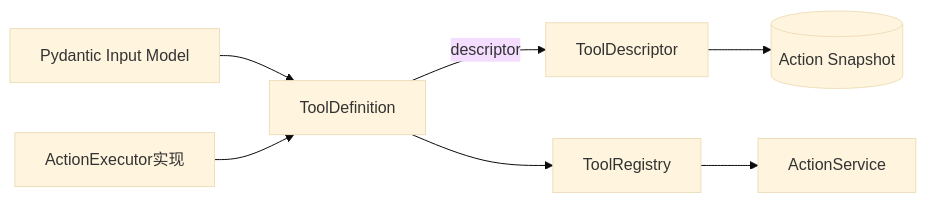
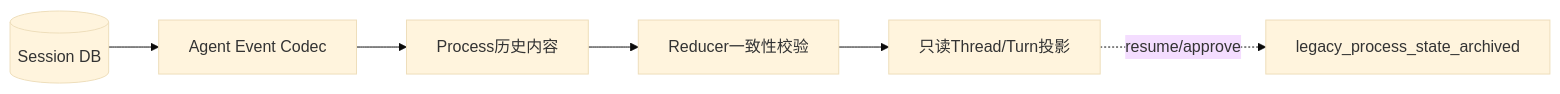
Before and after one commit to carrie1988/Harnessix: the third of 3 diagrams in docs/modules/domain.md, drawn with Mermaid (base theme). The commit also changed other lines of this file and 121 other files, not shown here.

````diff
--- a/docs/modules/domain.md
+++ b/docs/modules/domain.md
@@ -402,9 +144,8 @@
 ```mermaid
 flowchart LR
-    InputModel[Pydantic Input Model] --> Definition[ToolDefinition]
-    Executor[ActionExecutor实现] --> Definition
-    Definition -->|descriptor| Descriptor[ToolDescriptor]
-    Descriptor --> Journal[(Action Snapshot)]
-    Definition --> Registry[ToolRegistry]
-    Registry --> Service[ActionService]
+    DB[(Session DB)] --> Codec[Agent Event Codec]
+    Codec --> Legacy[Process历史内容]
+    Legacy --> Reducer[Reducer一致性校验]
+    Reducer --> View[只读Thread/Turn投影]
+    View -.resume/approve.-> Archived[legacy_process_state_archived]
 ```
````
